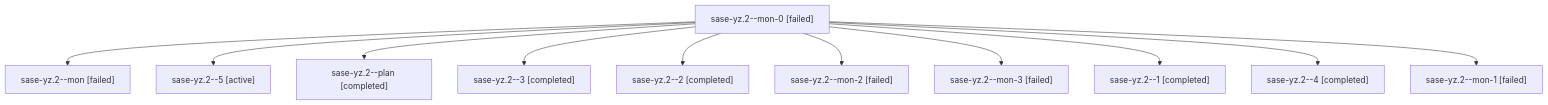
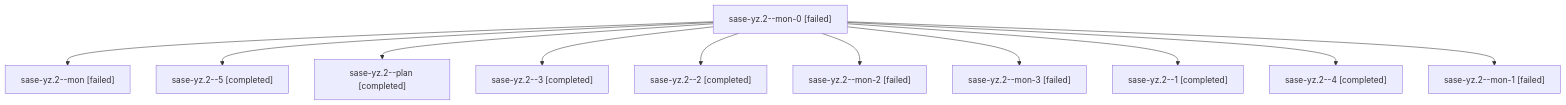
The diagram in families/bbugyi200.athena.sase-yz.2.md (sase-org/sase--agents), drawn with Mermaid before and after one commit. The commit also changed other lines of this file and 15 other files, not shown here.

````diff
--- a/families/bbugyi200.athena.sase-yz.2.md
+++ b/families/bbugyi200.athena.sase-yz.2.md
@@ -9,24 +9,24 @@
 ```mermaid
 flowchart TD
   n0["sase-yz.2--mon-0 [failed]"]
   n1["sase-yz.2--mon [failed]"]
   n0 --> n1
-  n2["sase-yz.2--5 [active]"]
+  n2["sase-yz.2--5 [completed]"]
   n0 --> n2
   n3["sase-yz.2--plan [completed]"]
   n0 --> n3
   n4["sase-yz.2--3 [completed]"]
   n0 --> n4
   n5["sase-yz.2--2 [completed]"]
   n0 --> n5
   n6["sase-yz.2--mon-2 [failed]"]
   n0 --> n6
   n7["sase-yz.2--mon-3 [failed]"]
   n0 --> n7
   n8["sase-yz.2--1 [completed]"]
   n0 --> n8
   n9["sase-yz.2--4 [completed]"]
   n0 --> n9
   n10["sase-yz.2--mon-1 [failed]"]
   n0 --> n10
 ```
````
